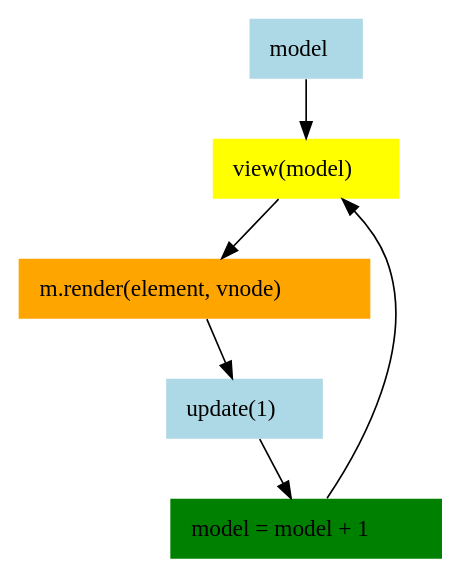
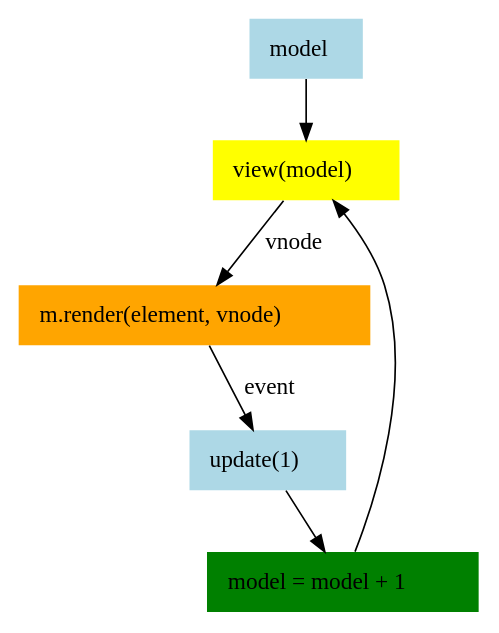
Before and after one commit to foxdonut/meiosis-examples: the diagram in examples/tutorial/images/05-stream-01.dot, drawn with Graphviz. The commit also changed 23 other files, not shown here.

```diff
--- a/examples/tutorial/images/05-stream-01.dot
+++ b/examples/tutorial/images/05-stream-01.dot
@@ -1,47 +1,47 @@
 digraph meiosistutorial {
   model [shape="plaintext", style="filled", fillcolor="lightblue", label=<
     <table border="0">
       <tr>
         <td>model</td>
       </tr>
     </table>
   >]
 
   view [shape="plaintext", style="filled", fillcolor="yellow", label=<
     <table border="0">
       <tr>
         <td>view(model)</td>
       </tr>
     </table>
   >]
 
   render [shape="plaintext", style="filled", fillcolor="orange", label=<
     <table border="0">
       <tr>
         <td>m.render(element, vnode)</td>
       </tr>
     </table>
   >]
 
   update [shape="plaintext", style="filled", fillcolor="lightblue", label=<
     <table border="0">
       <tr>
         <td>update(1)</td>
       </tr>
     </table>
   >]
 
   modelupdate [shape="plaintext", style="filled", fillcolor="green", label=<
     <table border="0">
       <tr>
         <td>model = model + 1</td>
       </tr>
     </table>
   >]
 
   model -> view
-  view -> render
-  render -> update
+  view -> render [label="vnode"]
+  render -> update [label="event"]
   update -> modelupdate
   modelupdate -> view
 }
```
